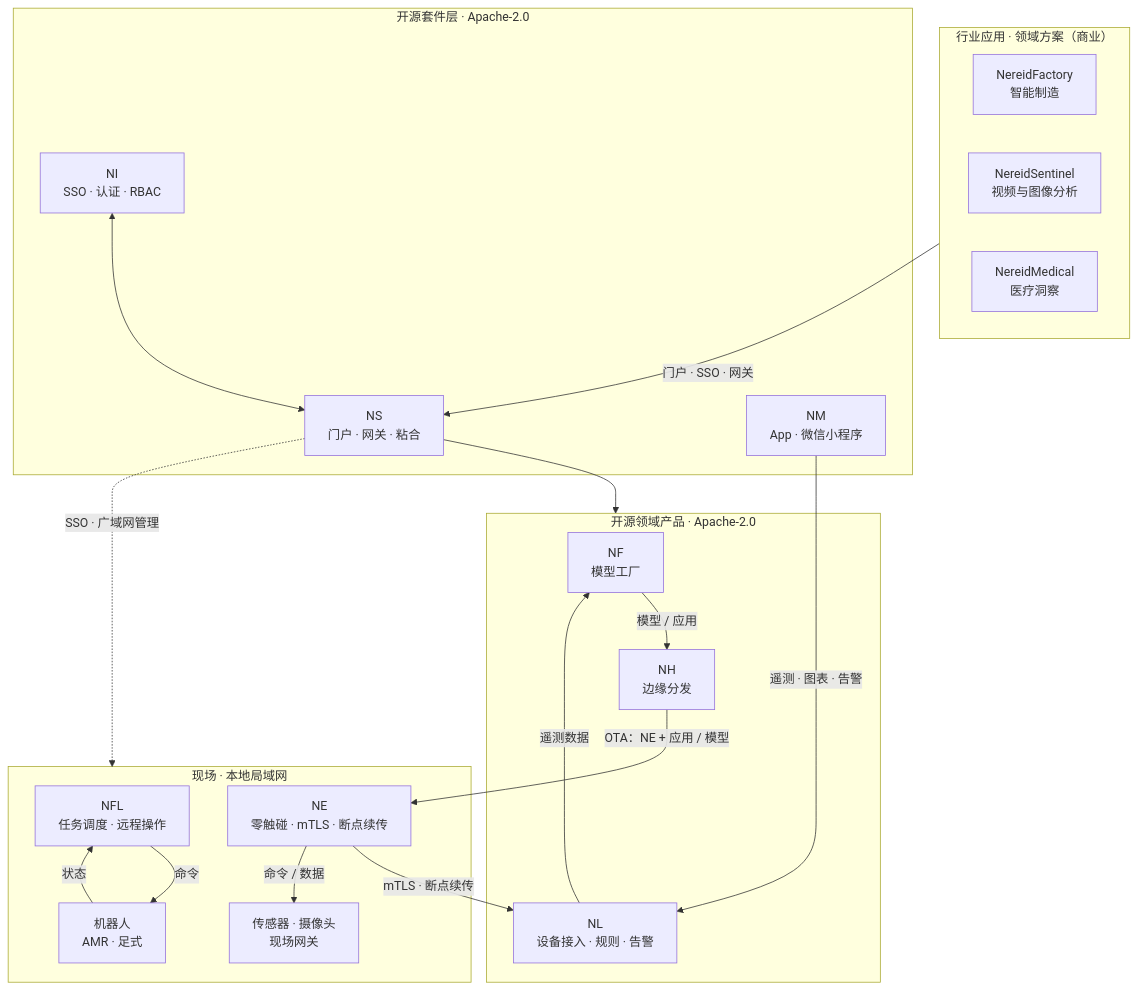
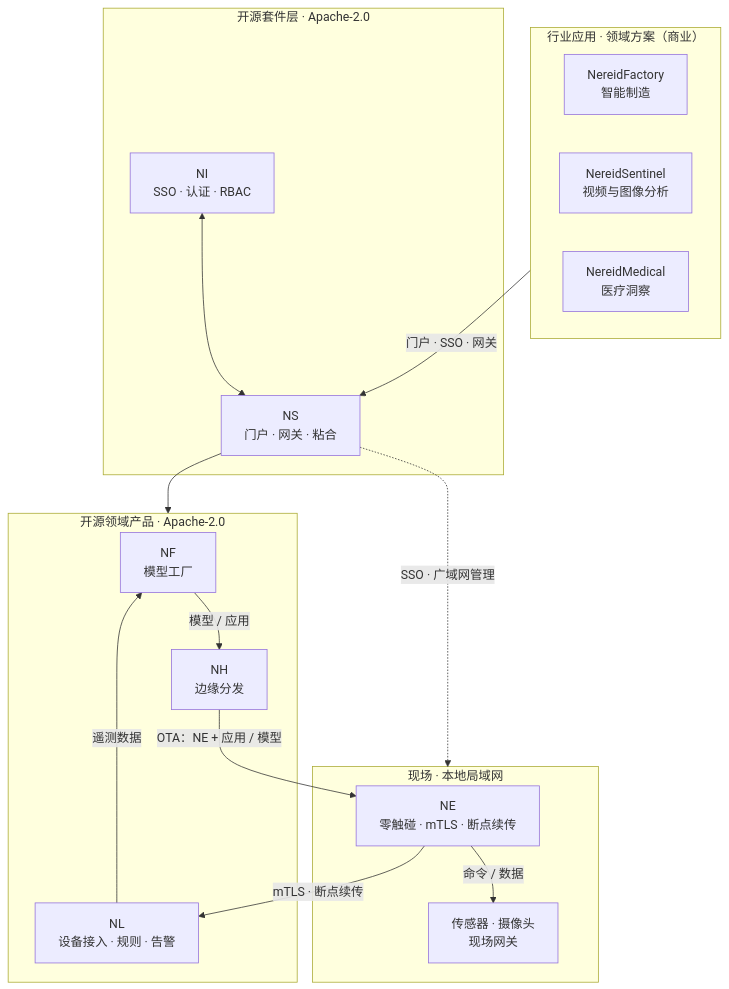
The diagram in docs/zh/products/index.md (NereidAI/nereidai.github.io), drawn with Mermaid before and after one commit. The commit also changed other lines of this file and 81 other files, not shown here.

````diff
--- a/docs/zh/products/index.md
+++ b/docs/zh/products/index.md
@@ -52,40 +51,34 @@
 ```mermaid
 flowchart TB
     subgraph APPS["行业应用 · 领域方案（商业）"]
         FACTORY["NereidFactory\n智能制造"]
         SENTINEL["NereidSentinel\n视频与图像分析"]
         MEDICAL["NereidMedical\n医疗洞察"]
     end
 
     subgraph SUITE["开源套件层 · Apache-2.0"]
         IDENTITY["NI\nSSO · 认证 · RBAC"]
         SPHERE["NS\n门户 · 网关 · 粘合"]
-        MOBILE["NM\nApp · 微信小程序"]
     end
 
     subgraph CORE["开源领域产品 · Apache-2.0"]
         FORGE["NF\n模型工厂"]
         HORIZON["NH\n边缘分发"]
         LINK["NL\n设备接入 · 规则 · 告警"]
     end
 
     subgraph SITE["现场 · 本地局域网"]
-        FLEET["NFL\n任务调度 · 远程操作"]
-        ROBOTS["机器人\nAMR · 足式"]
         EDGE["NE\n零触碰 · mTLS · 断点续传"]
         SENSORS["传感器 · 摄像头\n现场网关"]
     end
 
     APPS -->|门户 · SSO · 网关| SPHERE
     IDENTITY <--> SPHERE
-    MOBILE -->|遥测 · 图表 · 告警| LINK
     SPHERE --> CORE
     FORGE -->|模型 / 应用| HORIZON
     HORIZON -->|OTA：NE + 应用 / 模型| EDGE
     EDGE -->|mTLS · 断点续传| LINK
     LINK -->|遥测数据| FORGE
-    FLEET -->|命令| ROBOTS
-    ROBOTS -->|状态| FLEET
     EDGE -->|命令 / 数据| SENSORS
     SPHERE -.->|SSO · 广域网管理| SITE
 ```
````
